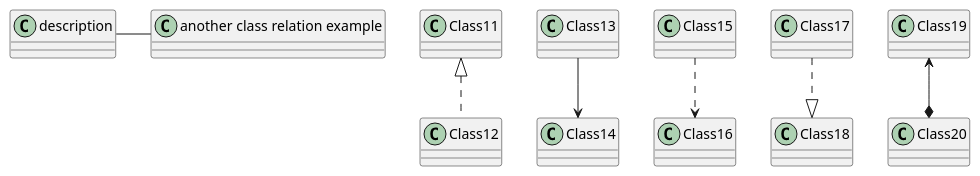
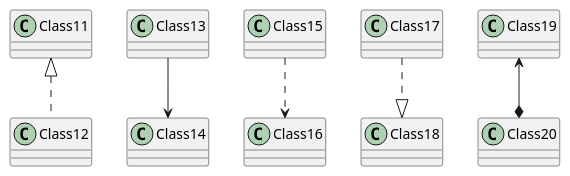
One commit to sogeuni/_wiki changed the second of 38 diagrams in PlantUML/클래스-다이어그램.md. Above: the diagram before and after it, drawn with PlantUML. The commit also changed other lines of this file, not shown here.

Commit message:
Updated 클래스 다이어그램 (markdown)

```diff
--- a/PlantUML/클래스-다이어그램.md
+++ b/PlantUML/클래스-다이어그램.md
@@ -44,8 +43,7 @@
 @startuml
-description - "another class relation example"
 Class11 <|.. Class12
 Class13 --> Class14
 Class15 ..> Class16
 Class17 ..|> Class18
 Class19 <--* Class20
 @enduml
```
